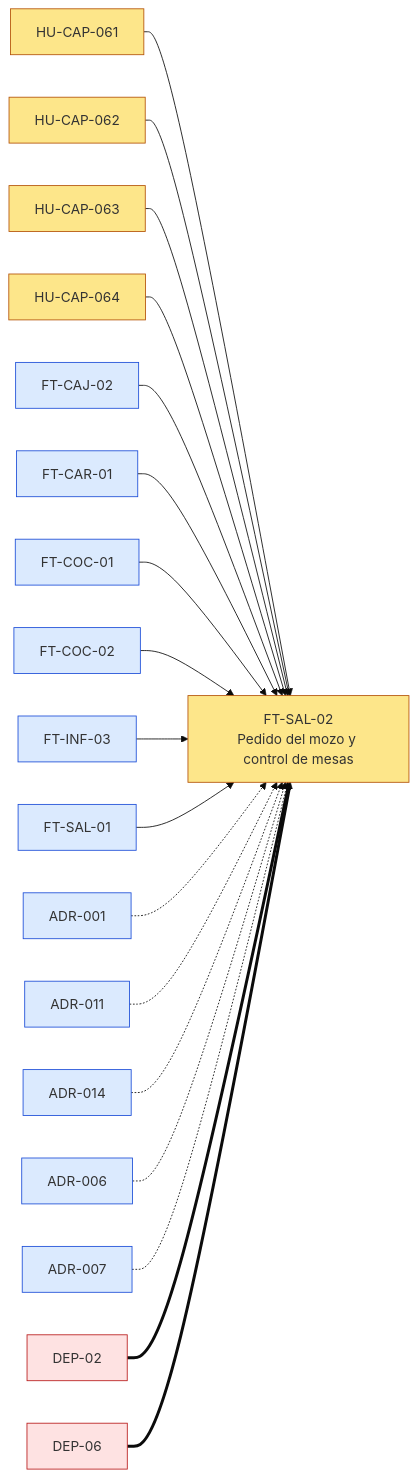
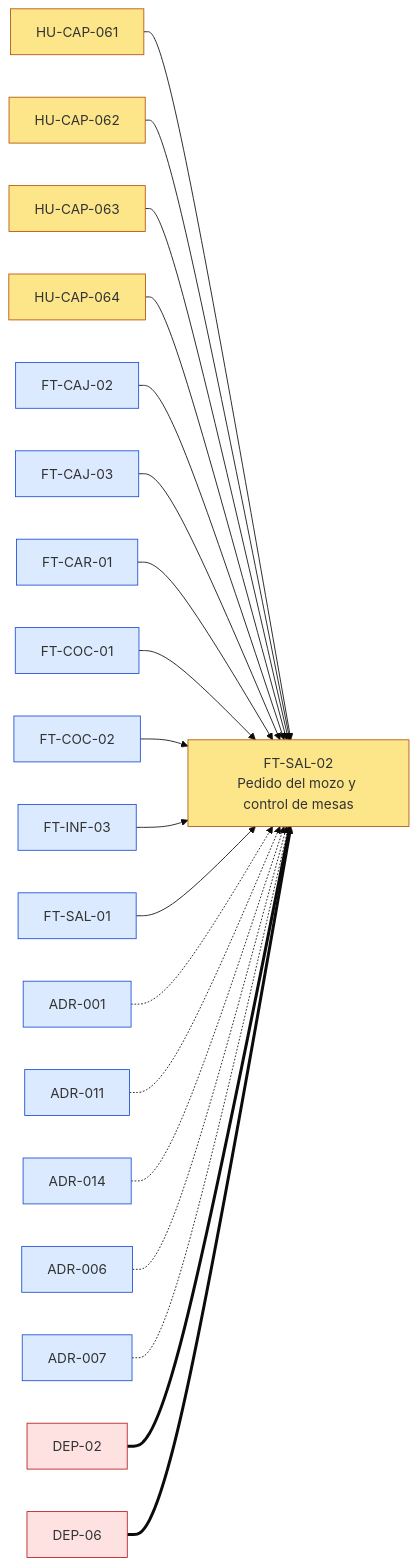
One commit to JoseEM26/caprichos changed the first of 5 diagrams in docs/dor/DOR-FT-SAL-02-pedido-del-mozo-y-control-de-mesas.md. Above: the diagram before and after it, drawn with Mermaid (base theme). The commit also changed other lines of this file and 208 other files, not shown here.

````diff
--- a/docs/dor/DOR-FT-SAL-02-pedido-del-mozo-y-control-de-mesas.md
+++ b/docs/dor/DOR-FT-SAL-02-pedido-del-mozo-y-control-de-mesas.md
@@ -51,24 +51,25 @@
 ```mermaid
 flowchart LR
   classDef evaluado fill:#fde68a,stroke:#b45309
   classDef interna fill:#dbeafe,stroke:#1d4ed8
   classDef externa fill:#fee2e2,stroke:#b91c1c
   FT_SAL_02["FT-SAL-02<br>Pedido del mozo y control de mesas"]:::evaluado
   HU_CAP_061["HU-CAP-061"]:::evaluado --> FT_SAL_02
   HU_CAP_062["HU-CAP-062"]:::evaluado --> FT_SAL_02
   HU_CAP_063["HU-CAP-063"]:::evaluado --> FT_SAL_02
   HU_CAP_064["HU-CAP-064"]:::evaluado --> FT_SAL_02
   FT_CAJ_02["FT-CAJ-02"]:::interna --> FT_SAL_02
+  FT_CAJ_03["FT-CAJ-03"]:::interna --> FT_SAL_02
   FT_CAR_01["FT-CAR-01"]:::interna --> FT_SAL_02
   FT_COC_01["FT-COC-01"]:::interna --> FT_SAL_02
   FT_COC_02["FT-COC-02"]:::interna --> FT_SAL_02
   FT_INF_03["FT-INF-03"]:::interna --> FT_SAL_02
   FT_SAL_01["FT-SAL-01"]:::interna --> FT_SAL_02
   ADR_001["ADR-001"]:::interna -.-> FT_SAL_02
   ADR_011["ADR-011"]:::interna -.-> FT_SAL_02
   ADR_014["ADR-014"]:::interna -.-> FT_SAL_02
   ADR_006["ADR-006"]:::interna -.-> FT_SAL_02
   ADR_007["ADR-007"]:::interna -.-> FT_SAL_02
   DEP_02["DEP-02"]:::externa ==> FT_SAL_02
   DEP_06["DEP-06"]:::externa ==> FT_SAL_02
 ```
````
